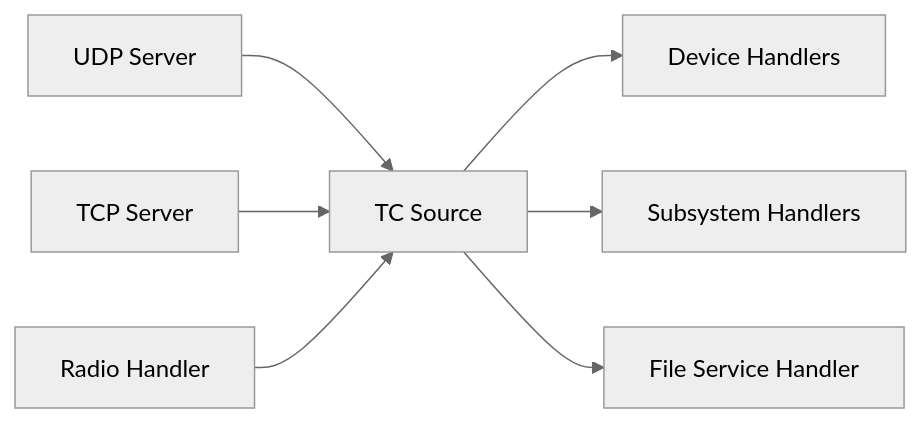
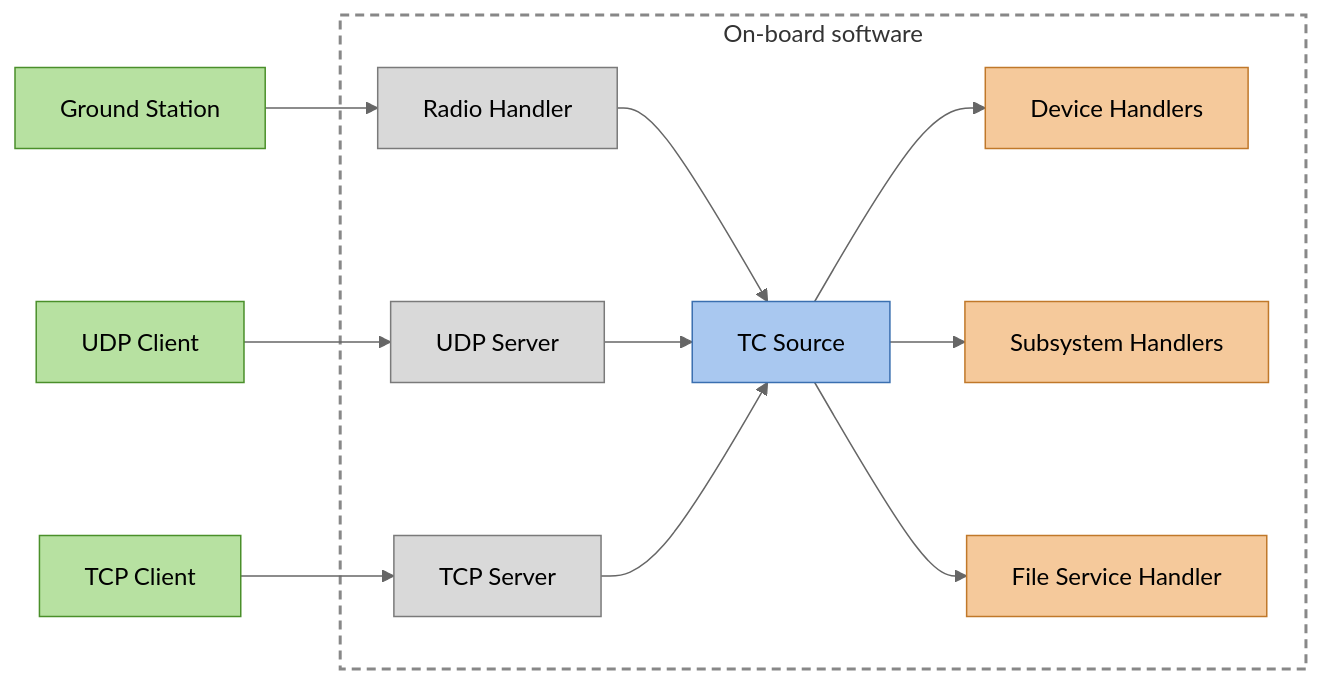
The second of 2 diagrams in satrs-book/src/communication.md (ustgt-irs/sat-rs), drawn with Mermaid (neutral theme) before and after one commit. The commit also changed other lines of this file and 9 other files, not shown here.

````diff
--- a/satrs-book/src/communication.md
+++ b/satrs-book/src/communication.md
@@ -56,9 +85,27 @@
 ```mermaid
 flowchart LR
-    Udp[UDP Server] --> Source[TC Source]
-    Tcp[TCP Server] --> Source
-    Radio[Radio Handler] --> Source
-    Source --> Dev[Device Handlers]
-    Source --> Sub[Subsystem Handlers]
-    Source --> File[File Service Handler]
+    subgraph OBSW[On-board software]
+        Radio[Radio Handler]
+        Udp[UDP Server]
+        Tcp[TCP Server]
+        Source[TC Source]
+        Dev[Device Handlers]
+        Sub[Subsystem Handlers]
+        File[File Service Handler]
+    end
+    Station[Ground Station] --> Radio --> Source
+    UdpClient[UDP Client] --> Udp --> Source
+    TcpClient[TCP Client] --> Tcp --> Source
+    Source --> Dev
+    Source --> Sub
+    Source --> File
+    classDef creator fill:#b7e1a1,stroke:#4a8f2a,color:#000
+    classDef hub fill:#a9c8f0,stroke:#3a6fb0,color:#000
+    classDef transport fill:#d9d9d9,stroke:#7a7a7a,color:#000
+    classDef recipient fill:#f5c99b,stroke:#c0782a,color:#000
+    style OBSW fill:transparent,stroke:#888,stroke-width:2px,stroke-dasharray:6 4
+    class Station,UdpClient,TcpClient creator
+    class Source hub
+    class Radio,Udp,Tcp transport
+    class Dev,Sub,File recipient
 ```
````
